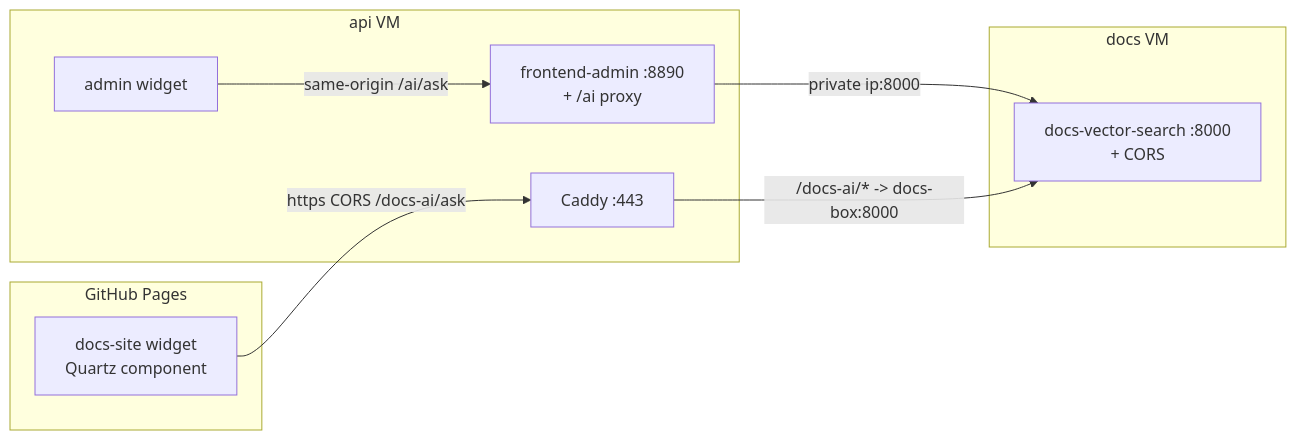
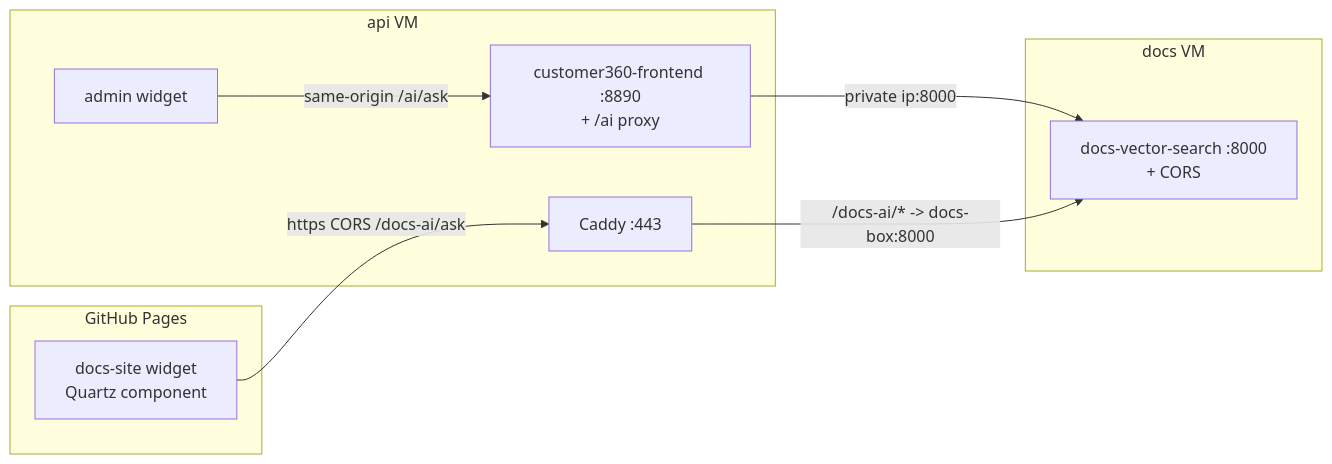
Before and after one commit to LEO-CDP/leo-customer360: the second of 2 diagrams in docs/code-review/docs-chatbot-agent-implementation-plan.md, drawn with Mermaid. The commit also changed other lines of this file and 133 other files, not shown here.

Commit message:
refactoring, rename folder frontend-admin to customer360-frontend

````diff
--- a/docs/code-review/docs-chatbot-agent-implementation-plan.md
+++ b/docs/code-review/docs-chatbot-agent-implementation-plan.md
@@ -146,19 +146,19 @@
 ```mermaid
 flowchart LR
   subgraph GH[GitHub Pages]
     DSW[docs-site widget<br/>Quartz component]
   end
   subgraph API_BOX[api VM]
     Caddy[Caddy :443]
-    FE[frontend-admin :8890<br/>+ /ai proxy]
+    FE[customer360-frontend :8890<br/>+ /ai proxy]
     FEW[admin widget]
   end
   subgraph DOCS_BOX[docs VM]
     RAG[docs-vector-search :8000<br/>+ CORS]
   end
 
   FEW -->|same-origin /ai/ask| FE
   FE -->|private ip:8000| RAG
   DSW -->|https CORS /docs-ai/ask| Caddy
   Caddy -->|/docs-ai/* -> docs-box:8000| RAG
 ```
````
